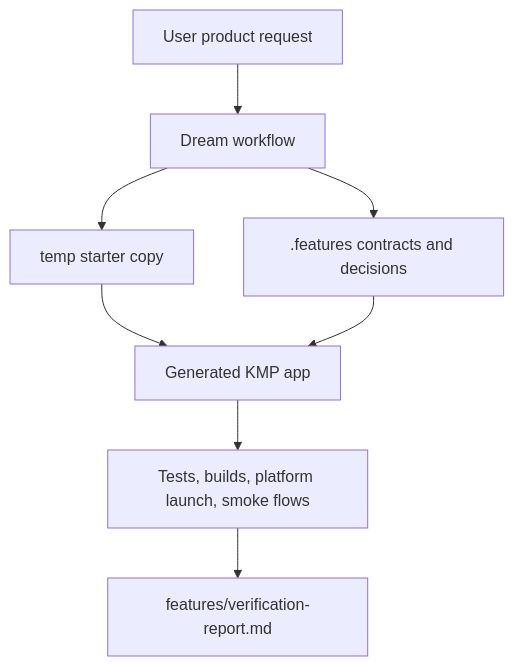
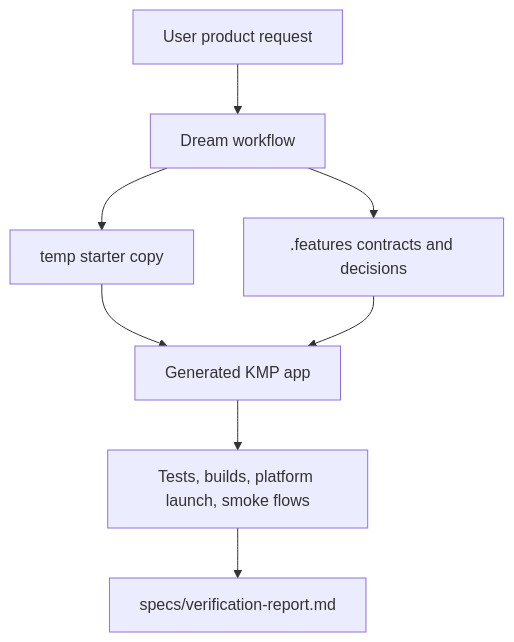
Before and after one commit to Helmy2/Dream: the first of 8 diagrams in ONBOARDING.md, drawn with Mermaid. The commit also changed other lines of this file and 305 other files, not shown here.

````diff
--- a/ONBOARDING.md
+++ b/ONBOARDING.md
@@ -13,10 +15,10 @@
 ```mermaid
 flowchart TD
     User[User product request] --> Dream[Dream workflow]
     Dream --> Contract[.features contracts and decisions]
     Dream --> Template[temp starter copy]
     Template --> Generated[Generated KMP app]
     Contract --> Generated
     Generated --> Verify[Tests, builds, platform launch, smoke flows]
-    Verify --> Report[features/verification-report.md]
+    Verify --> Report[specs/verification-report.md]
 ```
````
